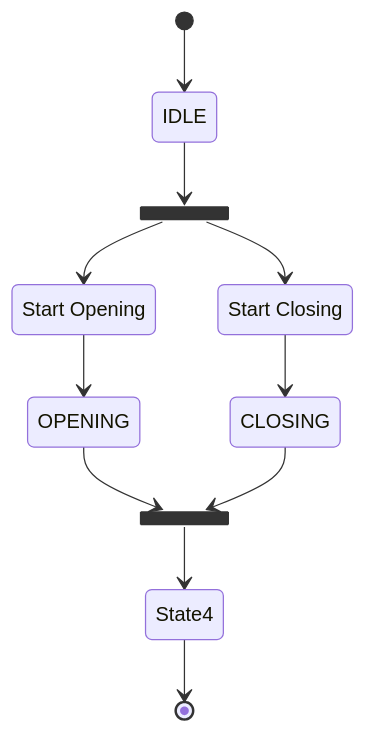
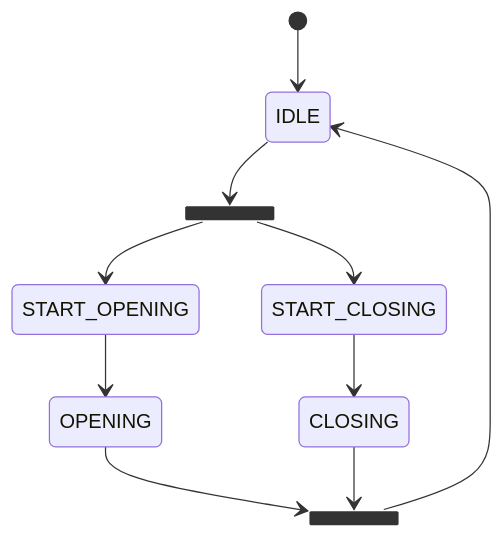
The second of 2 diagrams in john/README.md (microcontrollersig/workshop), drawn with Mermaid before and after one commit.

````diff
--- a/john/README.md
+++ b/john/README.md
@@ -20,21 +20,20 @@
 ```mermaid
 
 stateDiagram-v2
     [*] --> IDLE
     
-    so: Start Opening
-    sc: Start Closing
+    so: START_OPENING
+    sc: START_CLOSING
     
     state fork_state <<fork>>
       IDLE --> fork_state
       fork_state --> so
       fork_state --> sc
       so --> OPENING 
       sc --> CLOSING
 
       state join_state <<join>>
       OPENING --> join_state
       CLOSING --> join_state
-      join_state --> State4
-      State4 --> [*]
+      join_state --> IDLE 
 ```
````
